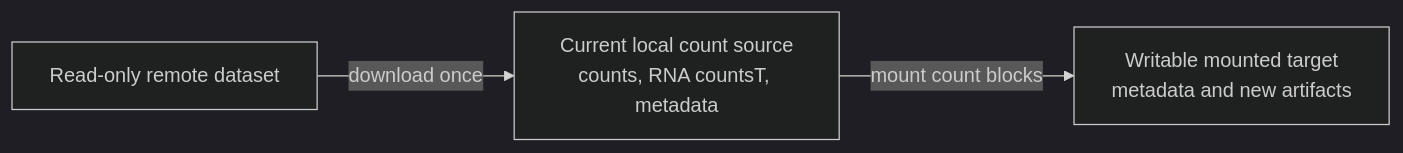
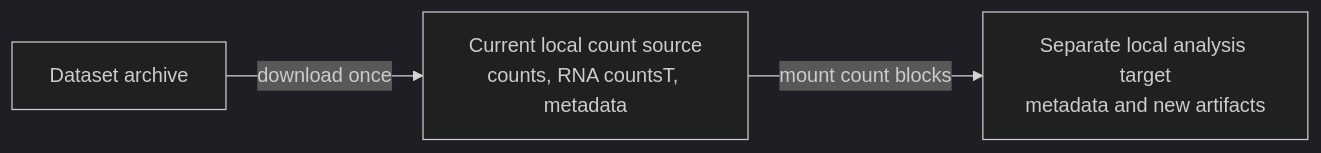
The diagram in docs/source/tutorials/remote_stores.md (Gautam8387/scarf), drawn with Mermaid (dark theme) before and after one commit. The commit also changed other lines of this file and 96 other files, not shown here.

````diff
--- a/docs/source/tutorials/remote_stores.md
+++ b/docs/source/tutorials/remote_stores.md
@@ -128,8 +106,8 @@
 ```{mermaid}
 flowchart LR
-    source["Read-only remote dataset"]
+    source["Dataset archive"]
     staged["Current local count source<br/>counts, RNA countsT, metadata"]
-    target["Writable mounted target<br/>metadata and new artifacts"]
+    target["Separate local analysis target<br/>metadata and new artifacts"]
     source -->|download once| staged
     staged -->|mount count blocks| target
 ```
````
